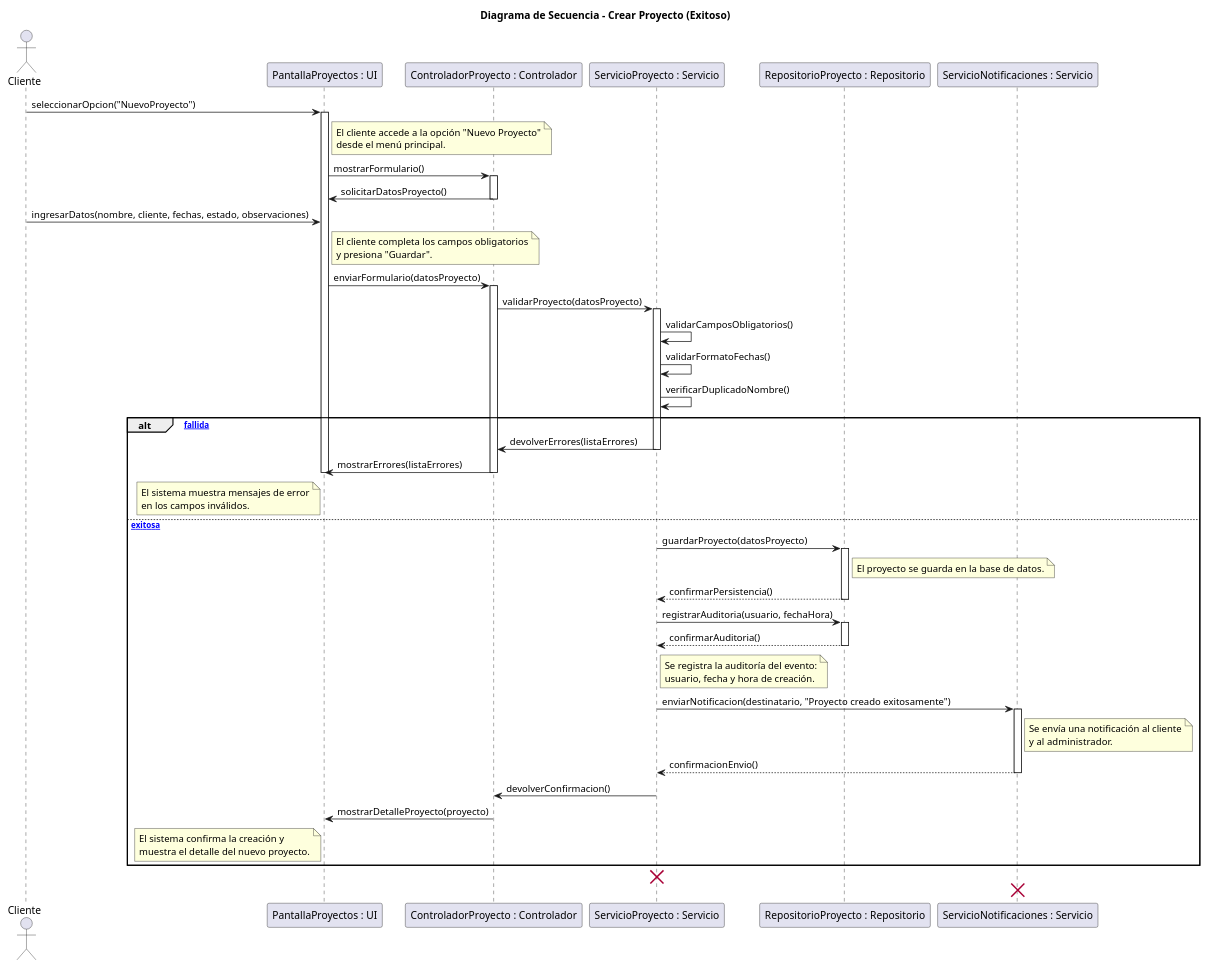
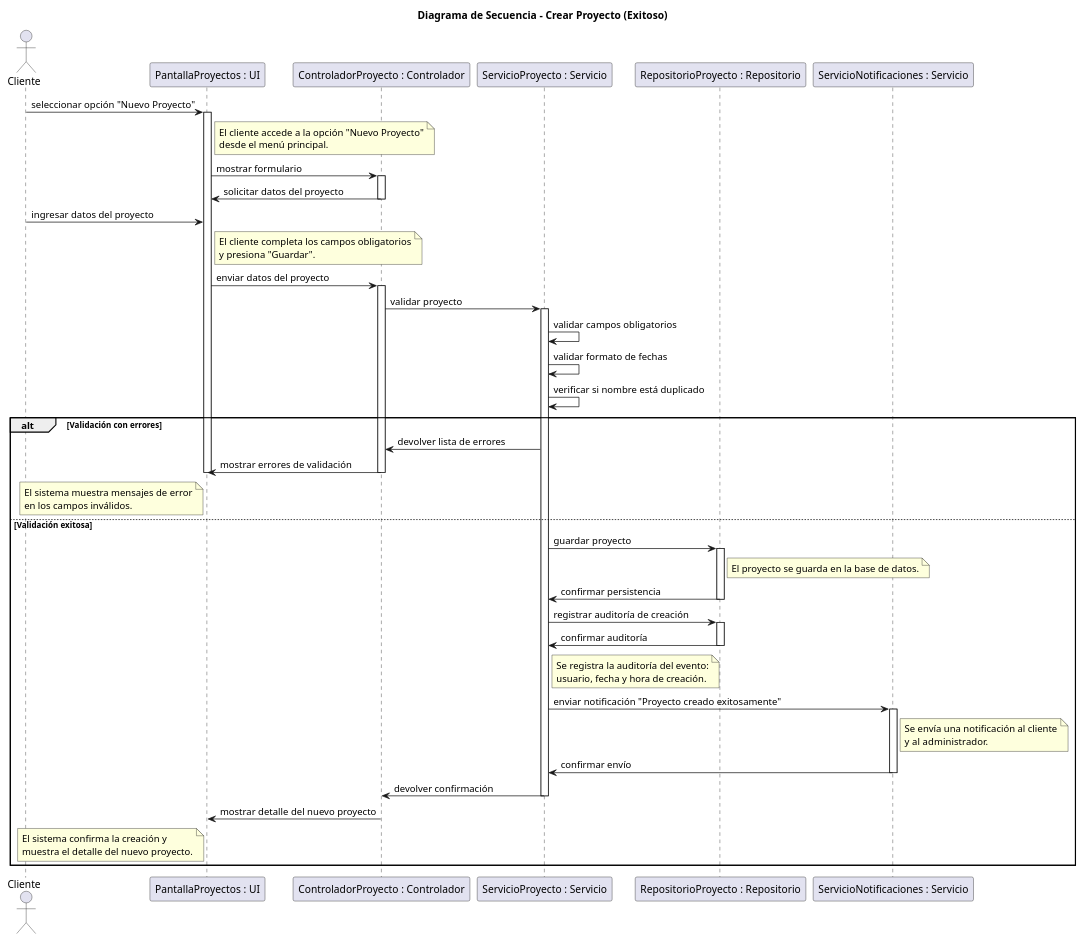
Before and after one commit to GonzaloBarbano/SistemaProductoraVideos: the diagram in diagramas/05-diagramas-secuencia/05-crear-editar-proyecto-crear-proyecto-exitoso-01.puml, drawn with PlantUML. The commit also changed 9 other files, not shown here.

Commit message:
Correcion de errores en los diagramas de secuencia

```diff
--- a/diagramas/05-diagramas-secuencia/05-crear-editar-proyecto-crear-proyecto-exitoso-01.puml
+++ b/diagramas/05-diagramas-secuencia/05-crear-editar-proyecto-crear-proyecto-exitoso-01.puml
@@ -1,95 +1,91 @@
-@startuml
+@startuml 
 title Diagrama de Secuencia - Crear Proyecto (Exitoso)
 
 actor Cliente
 participant "PantallaProyectos : UI" as PantallaProyectos
 participant "ControladorProyecto : Controlador" as ControladorProyecto
 participant "ServicioProyecto : Servicio" as ServicioProyecto
 participant "RepositorioProyecto : Repositorio" as RepositorioProyecto
 participant "ServicioNotificaciones : Servicio" as ServicioNotificaciones
 
 ' ==== Inicio del escenario ====
-Cliente -> PantallaProyectos : seleccionarOpcion("NuevoProyecto")
+Cliente -> PantallaProyectos : seleccionar opción "Nuevo Proyecto"
 activate PantallaProyectos
 note right of PantallaProyectos
 El cliente accede a la opción "Nuevo Proyecto"
 desde el menú principal.
 end note
 
-PantallaProyectos -> ControladorProyecto : mostrarFormulario()
+PantallaProyectos -> ControladorProyecto : mostrar formulario
 activate ControladorProyecto
-ControladorProyecto -> PantallaProyectos : solicitarDatosProyecto()
+ControladorProyecto -> PantallaProyectos : solicitar datos del proyecto
 deactivate ControladorProyecto
 
 ' ==== Cliente completa el formulario ====
-Cliente -> PantallaProyectos : ingresarDatos(nombre, cliente, fechas, estado, observaciones)
+Cliente -> PantallaProyectos : ingresar datos del proyecto
 note right of PantallaProyectos
 El cliente completa los campos obligatorios
 y presiona "Guardar".
 end note
 
-PantallaProyectos -> ControladorProyecto : enviarFormulario(datosProyecto)
+PantallaProyectos -> ControladorProyecto : enviar datos del proyecto
 activate ControladorProyecto
-ControladorProyecto -> ServicioProyecto : validarProyecto(datosProyecto)
+ControladorProyecto -> ServicioProyecto : validar proyecto
 activate ServicioProyecto
 
 ' ==== Validaciones internas ====
-ServicioProyecto -> ServicioProyecto : validarCamposObligatorios()
-ServicioProyecto -> ServicioProyecto : validarFormatoFechas()
-ServicioProyecto -> ServicioProyecto : verificarDuplicadoNombre()
+ServicioProyecto -> ServicioProyecto : validar campos obligatorios
+ServicioProyecto -> ServicioProyecto : validar formato de fechas
+ServicioProyecto -> ServicioProyecto : verificar si nombre está duplicado
 
-alt [Validación fallida]
-    ServicioProyecto -> ControladorProyecto : devolverErrores(listaErrores)
-    deactivate ServicioProyecto
-    ControladorProyecto -> PantallaProyectos : mostrarErrores(listaErrores)
+' ==== Bloque corregido ====
+alt Validación con errores
+    ServicioProyecto -> ControladorProyecto : devolver lista de errores
+    ControladorProyecto -> PantallaProyectos : mostrar errores de validación
     note left of PantallaProyectos
 El sistema muestra mensajes de error
 en los campos inválidos.
 end note
     deactivate ControladorProyecto
     deactivate PantallaProyectos
 
-else [Validación exitosa]
-    ServicioProyecto -> RepositorioProyecto : guardarProyecto(datosProyecto)
+else Validación exitosa
+    ServicioProyecto -> RepositorioProyecto : guardar proyecto
     activate RepositorioProyecto
     note right of RepositorioProyecto
 El proyecto se guarda en la base de datos.
 end note
-    RepositorioProyecto --> ServicioProyecto : confirmarPersistencia()
+    RepositorioProyecto -> ServicioProyecto : confirmar persistencia
     deactivate RepositorioProyecto
 
-    ServicioProyecto -> RepositorioProyecto : registrarAuditoria(usuario, fechaHora)
+    ServicioProyecto -> RepositorioProyecto : registrar auditoría de creación
     activate RepositorioProyecto
-    RepositorioProyecto --> ServicioProyecto : confirmarAuditoria()
+    RepositorioProyecto -> ServicioProyecto : confirmar auditoría
     deactivate RepositorioProyecto
 
     note right of ServicioProyecto
 Se registra la auditoría del evento:
 usuario, fecha y hora de creación.
 end note
 
-    ServicioProyecto -> ServicioNotificaciones : enviarNotificacion(destinatario, "Proyecto creado exitosamente")
+    ServicioProyecto -> ServicioNotificaciones : enviar notificación "Proyecto creado exitosamente"
     activate ServicioNotificaciones
     note right of ServicioNotificaciones
 Se envía una notificación al cliente
 y al administrador.
 end note
-    ServicioNotificaciones --> ServicioProyecto : confirmacionEnvio()
+    ServicioNotificaciones -> ServicioProyecto : confirmar envío
     deactivate ServicioNotificaciones
 
-    ServicioProyecto -> ControladorProyecto : devolverConfirmacion()
+    ServicioProyecto -> ControladorProyecto : devolver confirmación
     deactivate ServicioProyecto
-    ControladorProyecto -> PantallaProyectos : mostrarDetalleProyecto(proyecto)
+    ControladorProyecto -> PantallaProyectos : mostrar detalle del nuevo proyecto
     note left of PantallaProyectos
 El sistema confirma la creación y
 muestra el detalle del nuevo proyecto.
 end note
     deactivate ControladorProyecto
     deactivate PantallaProyectos
 end
 
-' ==== Destrucción de objetos temporales (opcional) ====
-destroy ServicioProyecto
-destroy ServicioNotificaciones
-
 @enduml
```
